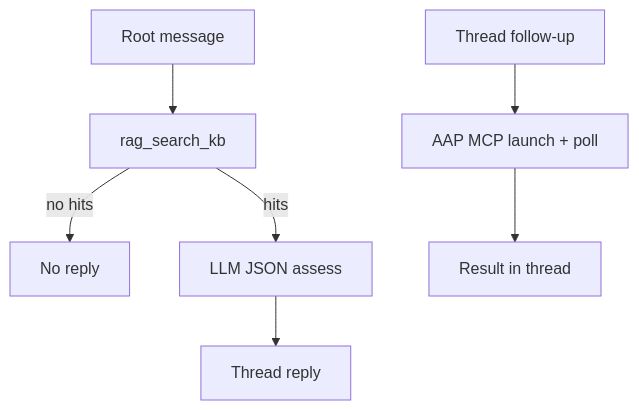
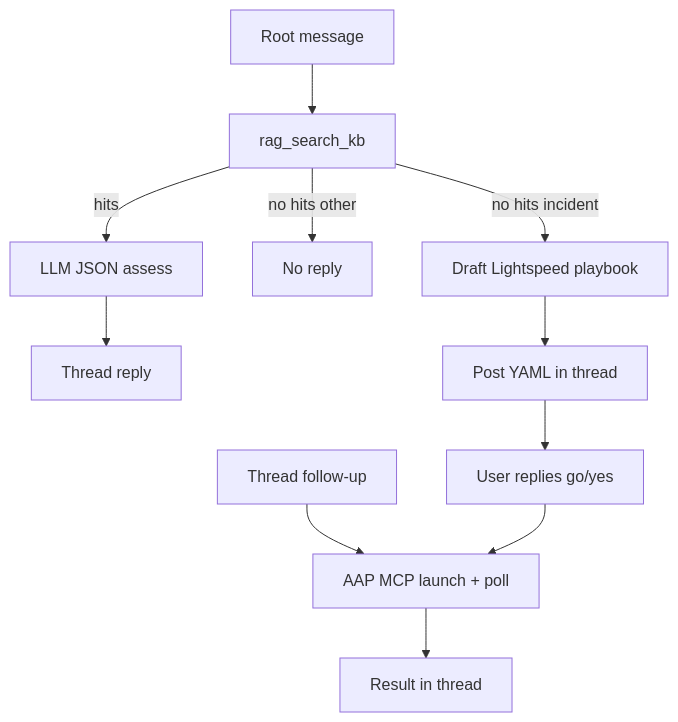
One commit to zaskan/itsm-agent changed the diagram in README.md. Above: the diagram before and after it, drawn with Mermaid. The commit also changed other lines of this file and 3 other files, not shown here.

First line of the commit message:
Ansible Lightspeed incident remediation with in-chat playbook review

````diff
--- a/README.md
+++ b/README.md
@@ -15,9 +15,13 @@
 ```mermaid
 flowchart TD
   rootMsg[Root message] --> rag[rag_search_kb]
-  rag -->|no hits| silent[No reply]
+  rag -->|no hits incident| lightspeed[Draft Lightspeed playbook]
+  rag -->|no hits other| silent[No reply]
   rag -->|hits| llm[LLM JSON assess]
   llm --> threadReply[Thread reply]
+  lightspeed --> review[Post YAML in thread]
+  review --> userGo[User replies go/yes]
   threadMsg[Thread follow-up] --> aapMcp[AAP MCP launch + poll]
+  userGo --> aapMcp
   aapMcp --> result[Result in thread]
 ```
````
